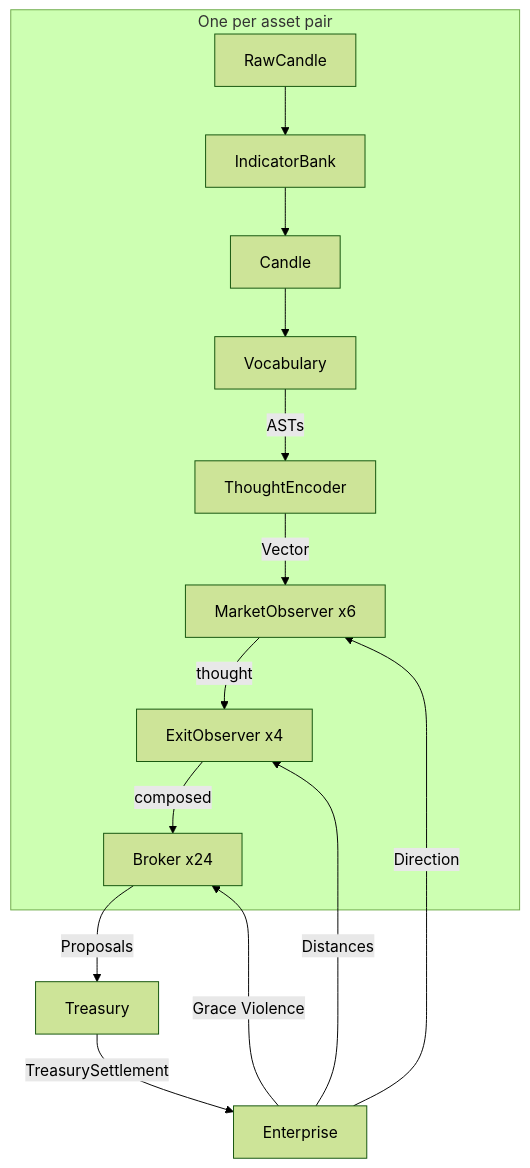
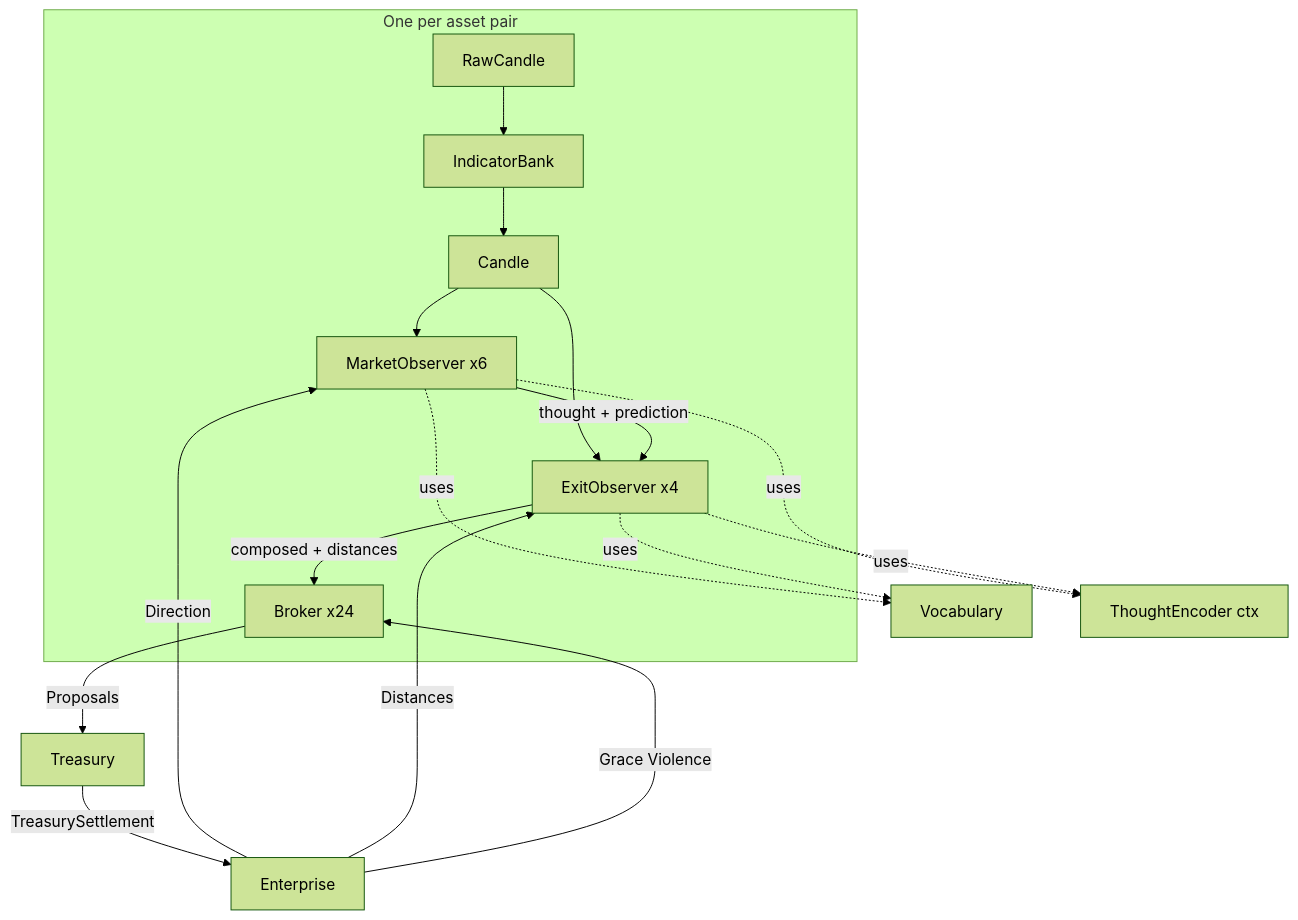
Before and after one commit to watmin/holon-lab-trading: the first of 7 diagrams in wat/CIRCUIT.md, drawn with Mermaid (forest theme). The commit also changed other lines of this file and 1 other file, not shown here.

````diff
--- a/wat/CIRCUIT.md
+++ b/wat/CIRCUIT.md
@@ -15,17 +15,20 @@
 ```mermaid
 graph TD
     subgraph Post [One per asset pair]
         RC[RawCandle] --> IB[IndicatorBank]
         IB --> CD[Candle]
-        CD --> VO[Vocabulary]
-        VO -->|ASTs| TE[ThoughtEncoder]
-        TE -->|Vector| MO[MarketObserver x6]
-        MO -->|thought| EO[ExitObserver x4]
-        EO -->|composed| BR[Broker x24]
+        CD --> MO[MarketObserver x6]
+        CD --> EO[ExitObserver x4]
+        MO -->|thought + prediction| EO
+        EO -->|composed + distances| BR[Broker x24]
     end
+    MO -.->|uses| VO[Vocabulary]
+    MO -.->|uses| TE[ThoughtEncoder ctx]
+    EO -.->|uses| VO
+    EO -.->|uses| TE
     BR -->|Proposals| TR[Treasury]
     TR -->|TreasurySettlement| EN[Enterprise]
     EN -->|Direction| MO
     EN -->|Distances| EO
     EN -->|Grace Violence| BR
 ```
````
